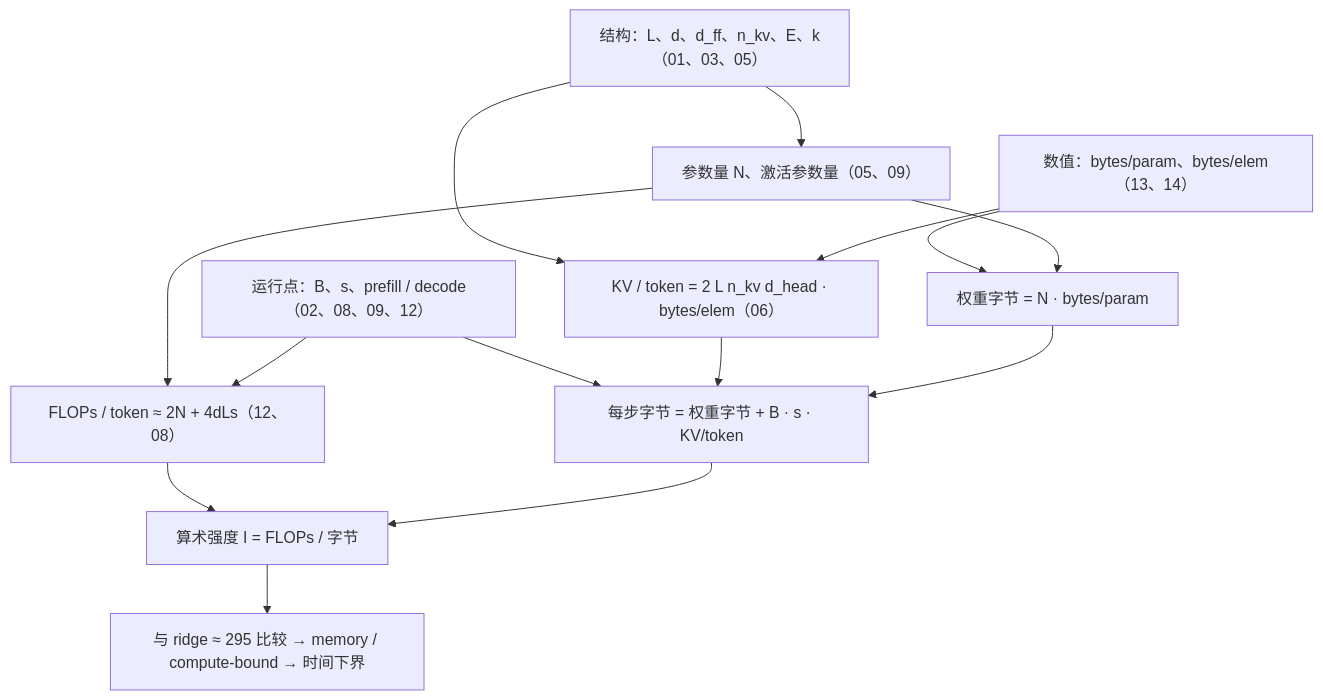
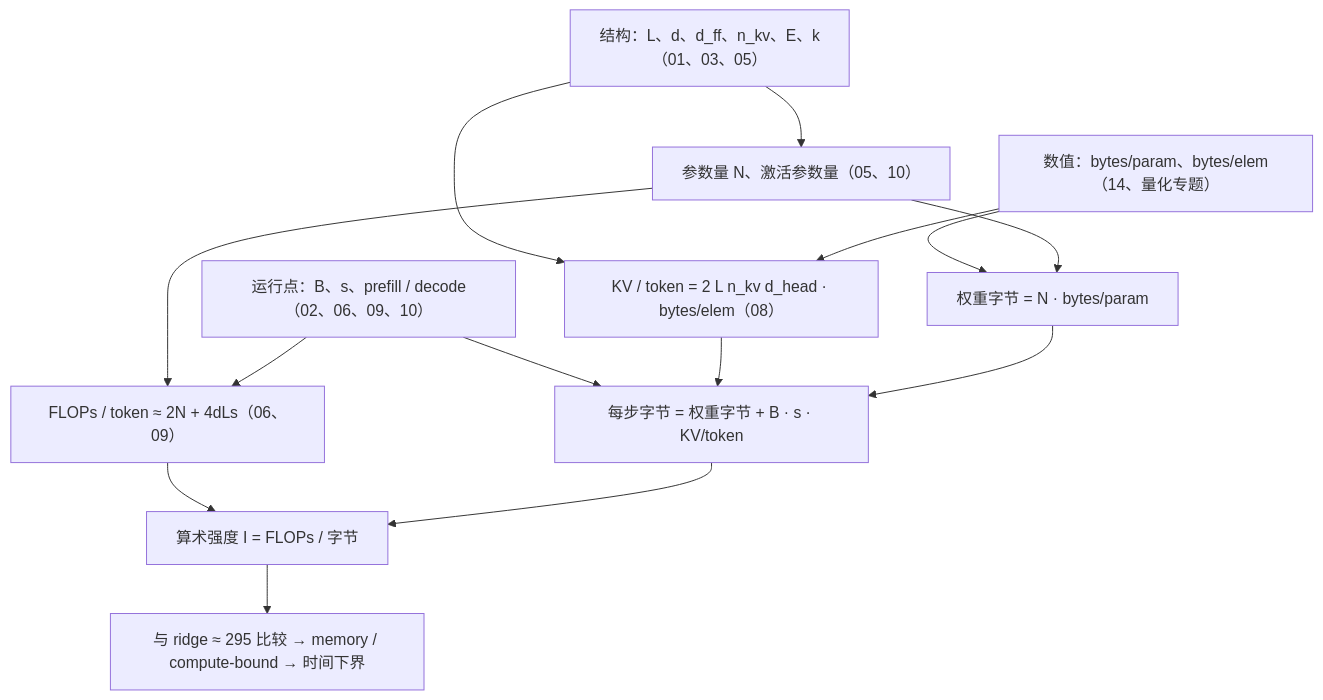
One commit to arganzheng/arganzheng.github.com changed the seventh of 7 diagrams in slides/2026-04-09-transformer-and-llm.md. Above: the diagram before and after it, drawn with Mermaid. The commit also changed other lines of this file and 42 other files, not shown here.

````diff
--- a/slides/2026-04-09-transformer-and-llm.md
+++ b/slides/2026-04-09-transformer-and-llm.md
@@ -529,17 +498,17 @@
 ```mermaid
 %%{init: {"flowchart": {"wrappingWidth": 260}}}%%
 flowchart TB
-    S["结构：L、d、d_ff、n_kv、E、k<br/>（01、03、05）"] --> N["参数量 N、激活参数量（05、09）"]
-    S --> K["KV / token = 2 L n_kv d_head · bytes/elem（06）"]
-    D["数值：bytes/param、bytes/elem（13、14）"] --> W["权重字节 = N · bytes/param"]
+    S["结构：L、d、d_ff、n_kv、E、k<br/>（01、03、05）"] --> N["参数量 N、激活参数量（05、10）"]
+    S --> K["KV / token = 2 L n_kv d_head · bytes/elem（08）"]
+    D["数值：bytes/param、bytes/elem（14、量化专题）"] --> W["权重字节 = N · bytes/param"]
     N --> W
     D --> K
-    N --> F["FLOPs / token ≈ 2N + 4dLs（12、08）"]
-    R["运行点：B、s、prefill / decode（02、08、09、12）"] --> F
+    N --> F["FLOPs / token ≈ 2N + 4dLs（06、09）"]
+    R["运行点：B、s、prefill / decode（02、06、09、10）"] --> F
     R --> H["每步字节 = 权重字节 + B · s · KV/token"]
     K --> H
     W --> H
     F --> I["算术强度 I = FLOPs / 字节"]
     H --> I
     I --> T["与 ridge ≈ 295 比较 → memory / compute-bound → 时间下界"]
 ```
````
